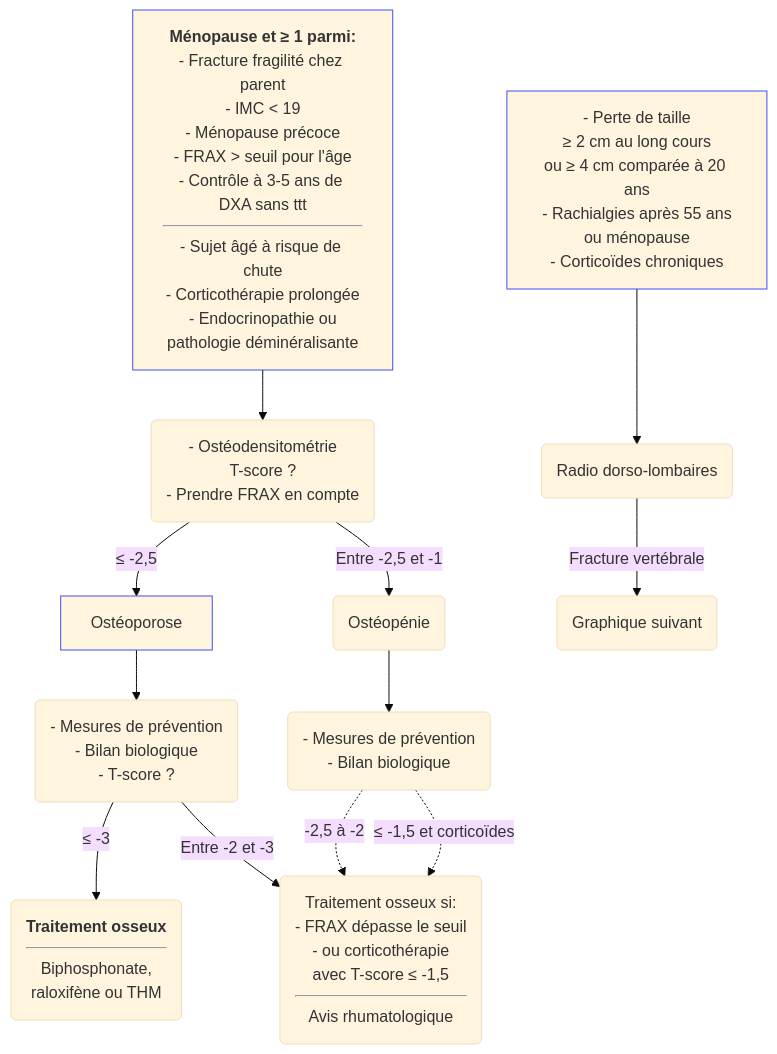
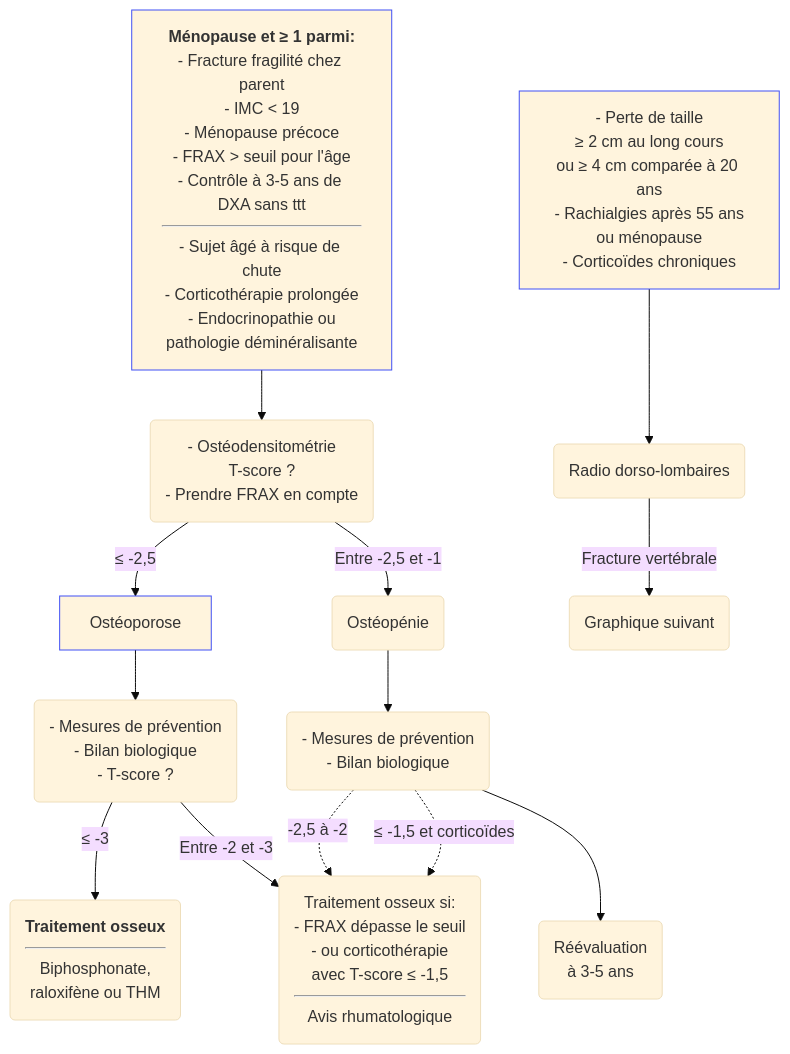
Before and after one commit to djibe/recommandations-medicales: the first of 2 diagrams in content/recommandations/osteoporose.md, drawn with Mermaid (base theme). The commit also changed other lines of this file and 16 other files, not shown here.

```diff
--- a/content/recommandations/osteoporose.md
+++ b/content/recommandations/osteoporose.md
@@ -462,14 +462,15 @@
 {{< mermaid title="Dépistage de l'ostéoporose en l'absence d'antécédent de fracture. JB Fron d'après SFRhumato 2018 et HAS lombalgie 2019" >}}
 graph TB
   menopause["<b>Ménopause et &ge; 1 parmi:</b><br>- Fracture fragilité chez parent<br>- IMC &lt; 19<br>- Ménopause précoce<br>- FRAX &gt; seuil pour l'âge<br>- Contrôle à 3-5 ans de DXA sans ttt<hr>- Sujet âgé à risque de chute<br>- Corticothérapie prolongée<br>- Endocrinopathie ou<br>pathologie déminéralisante"]
   style menopause stroke:#4150f5, stroke-width:1px
     menopause --> DXA("- Ostéodensitométrie<br>T-score ?<br>- Prendre FRAX en compte")
       DXA -- "&le; -2,5" --> Ostéoporose --> prev("- Mesures de prévention<br>- Bilan biologique<br>- T-score ?")
       style Ostéoporose stroke:#4150f5, stroke-width:1px
         prev -- "&le; -3" --> traitement("<b>Traitement osseux</b><hr>Biphosphonate,<br>raloxifène ou THM")
         prev -- "Entre -2 et -3" --> avis("Traitement osseux si:<br>- FRAX dépasse le seuil<br>- ou corticothérapie<br>avec T-score &le; -1,5<hr>Avis rhumatologique")
       DXA -- "Entre -2,5 et -1" --> osteopenie(Ostéopénie) --> prevention("- Mesures de prévention<br>- Bilan biologique") -. "-2,5 à -2" .-> avis
       prevention -. "&le; -1,5 et corticoïdes".-> avis
+      prevention --> recontrole("Réévaluation<br>à 3-5 ans")
   perteTaille["- Perte de taille<br>&ge; 2 cm au long cours<br>ou &ge; 4 cm comparée à 20 ans<br>- Rachialgies après 55 ans<br>ou ménopause<br>- Corticoïdes chroniques"] --> radio(Radio dorso-lombaires) -- Fracture vertébrale --> x(Graphique suivant)
   style perteTaille stroke:#4150f5, stroke-width:1px
 {{< /mermaid >}}
```
